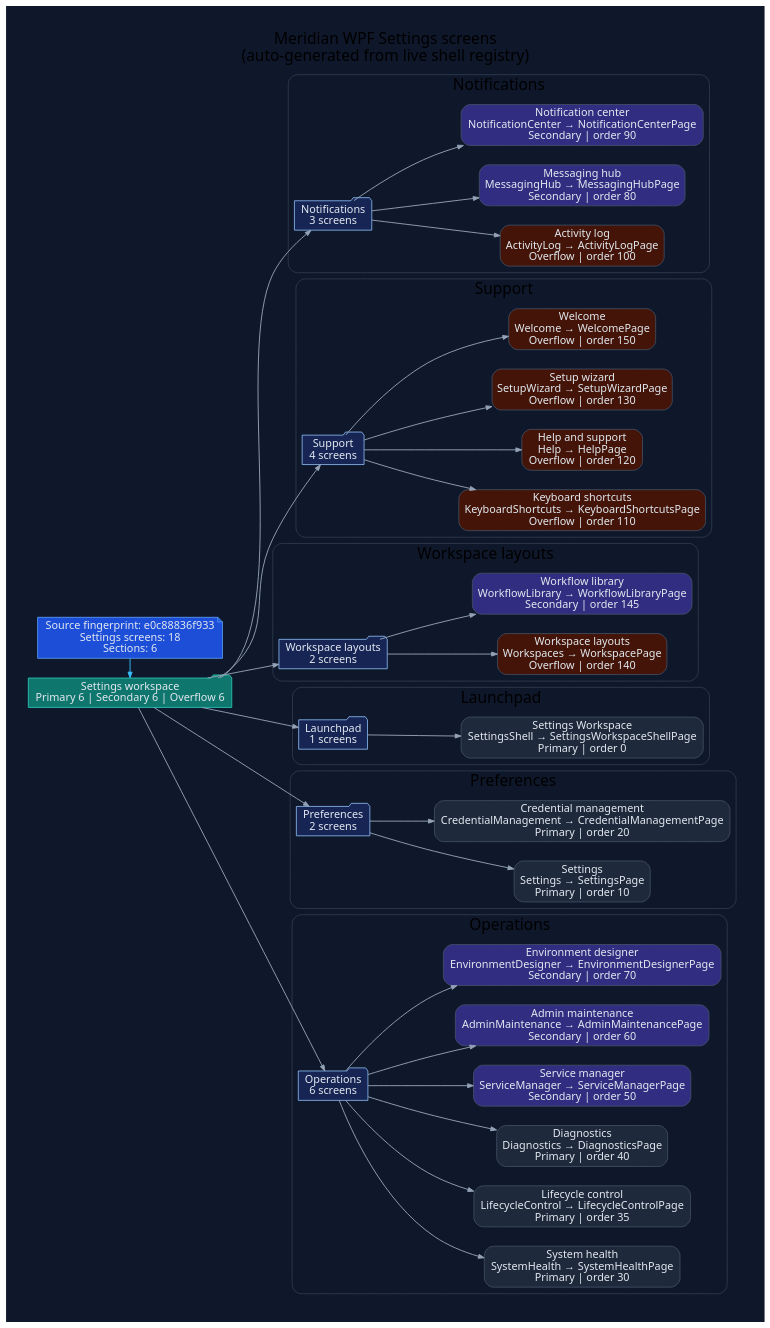
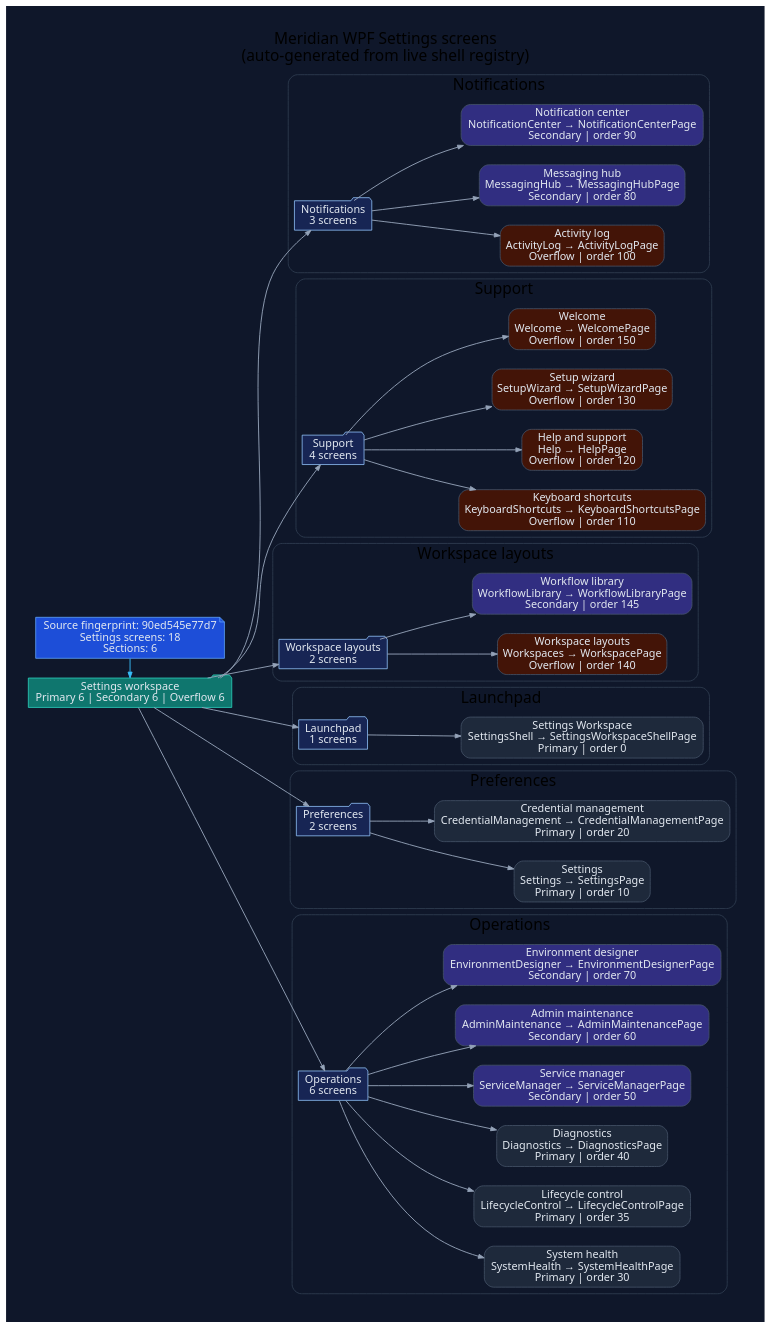
One commit to rodoHasArrived/Meridian-main changed the diagram in docs/diagrams/ui-wpf-screens-settings.dot. Above: the diagram before and after it, drawn with Graphviz. The commit also changed 73 other files, not shown here.

```diff
--- a/docs/diagrams/ui-wpf-screens-settings.dot
+++ b/docs/diagrams/ui-wpf-screens-settings.dot
@@ -1,110 +1,110 @@
 // -----------------------------------------------------------------------------
 // <auto-generated>
 // Generated by scripts/generate-diagrams.mjs.
 // Do not edit this file directly; update the WPF source files instead.
 // -----------------------------------------------------------------------------
 digraph WpfSettingsScreens {
   graph [
     rankdir=LR,
     labelloc=t,
     label="Meridian WPF Settings screens\n(auto-generated from live shell registry)",
     fontname="Segoe UI",
     fontsize=20,
     pad=0.4,
     nodesep=0.35,
     ranksep=0.85,
     bgcolor="#0f172a"
   ];
   node [fontname="Segoe UI", shape=box, style="rounded,filled", color="#475569", fontcolor="#e2e8f0", fillcolor="#1e293b"];
   edge [fontname="Segoe UI", color="#94a3b8", penwidth=1.2, arrowsize=0.75];
 
-  generated [shape=note, fillcolor="#1d4ed8", color="#60a5fa", label="Source fingerprint: e0c88836f933\nSettings screens: 18\nSections: 6"];
+  generated [shape=note, fillcolor="#1d4ed8", color="#60a5fa", label="Source fingerprint: 90ed545e77d7\nSettings screens: 18\nSections: 6"];
   workspace [shape=folder, fillcolor="#0f766e", color="#2dd4bf", label="Settings workspace\nPrimary 6 | Secondary 6 | Overflow 6"];
   generated -> workspace [color="#38bdf8"];
 
   subgraph cluster_section_1 {
     label="Notifications";
     color="#334155";
     style="rounded";
     section_1 [shape=folder, fillcolor="#172554", color="#93c5fd", label="Notifications\n3 screens"];
     workspace -> section_1;
     screen_ActivityLog [fillcolor="#431407", label="Activity log\nActivityLog → ActivityLogPage\nOverflow | order 100"];
     section_1 -> screen_ActivityLog;
     screen_MessagingHub [fillcolor="#312e81", label="Messaging hub\nMessagingHub → MessagingHubPage\nSecondary | order 80"];
     section_1 -> screen_MessagingHub;
     screen_NotificationCenter [fillcolor="#312e81", label="Notification center\nNotificationCenter → NotificationCenterPage\nSecondary | order 90"];
     section_1 -> screen_NotificationCenter;
   }
 
   subgraph cluster_section_2 {
     label="Support";
     color="#334155";
     style="rounded";
     section_2 [shape=folder, fillcolor="#172554", color="#93c5fd", label="Support\n4 screens"];
     workspace -> section_2;
     screen_KeyboardShortcuts [fillcolor="#431407", label="Keyboard shortcuts\nKeyboardShortcuts → KeyboardShortcutsPage\nOverflow | order 110"];
     section_2 -> screen_KeyboardShortcuts;
     screen_Help [fillcolor="#431407", label="Help and support\nHelp → HelpPage\nOverflow | order 120"];
     section_2 -> screen_Help;
     screen_SetupWizard [fillcolor="#431407", label="Setup wizard\nSetupWizard → SetupWizardPage\nOverflow | order 130"];
     section_2 -> screen_SetupWizard;
     screen_Welcome [fillcolor="#431407", label="Welcome\nWelcome → WelcomePage\nOverflow | order 150"];
     section_2 -> screen_Welcome;
   }
 
   subgraph cluster_section_3 {
     label="Workspace layouts";
     color="#334155";
     style="rounded";
     section_3 [shape=folder, fillcolor="#172554", color="#93c5fd", label="Workspace layouts\n2 screens"];
     workspace -> section_3;
     screen_Workspaces [fillcolor="#431407", label="Workspace layouts\nWorkspaces → WorkspacePage\nOverflow | order 140"];
     section_3 -> screen_Workspaces;
     screen_WorkflowLibrary [fillcolor="#312e81", label="Workflow library\nWorkflowLibrary → WorkflowLibraryPage\nSecondary | order 145"];
     section_3 -> screen_WorkflowLibrary;
   }
 
   subgraph cluster_section_4 {
     label="Launchpad";
     color="#334155";
     style="rounded";
     section_4 [shape=folder, fillcolor="#172554", color="#93c5fd", label="Launchpad\n1 screens"];
     workspace -> section_4;
     screen_SettingsShell [fillcolor="#1e293b", label="Settings Workspace\nSettingsShell → SettingsWorkspaceShellPage\nPrimary | order 0"];
     section_4 -> screen_SettingsShell;
   }
 
   subgraph cluster_section_5 {
     label="Preferences";
     color="#334155";
     style="rounded";
     section_5 [shape=folder, fillcolor="#172554", color="#93c5fd", label="Preferences\n2 screens"];
     workspace -> section_5;
     screen_Settings [fillcolor="#1e293b", label="Settings\nSettings → SettingsPage\nPrimary | order 10"];
     section_5 -> screen_Settings;
     screen_CredentialManagement [fillcolor="#1e293b", label="Credential management\nCredentialManagement → CredentialManagementPage\nPrimary | order 20"];
     section_5 -> screen_CredentialManagement;
   }
 
   subgraph cluster_section_6 {
     label="Operations";
     color="#334155";
     style="rounded";
     section_6 [shape=folder, fillcolor="#172554", color="#93c5fd", label="Operations\n6 screens"];
     workspace -> section_6;
     screen_SystemHealth [fillcolor="#1e293b", label="System health\nSystemHealth → SystemHealthPage\nPrimary | order 30"];
     section_6 -> screen_SystemHealth;
     screen_LifecycleControl [fillcolor="#1e293b", label="Lifecycle control\nLifecycleControl → LifecycleControlPage\nPrimary | order 35"];
     section_6 -> screen_LifecycleControl;
     screen_Diagnostics [fillcolor="#1e293b", label="Diagnostics\nDiagnostics → DiagnosticsPage\nPrimary | order 40"];
     section_6 -> screen_Diagnostics;
     screen_ServiceManager [fillcolor="#312e81", label="Service manager\nServiceManager → ServiceManagerPage\nSecondary | order 50"];
     section_6 -> screen_ServiceManager;
     screen_AdminMaintenance [fillcolor="#312e81", label="Admin maintenance\nAdminMaintenance → AdminMaintenancePage\nSecondary | order 60"];
     section_6 -> screen_AdminMaintenance;
     screen_EnvironmentDesigner [fillcolor="#312e81", label="Environment designer\nEnvironmentDesigner → EnvironmentDesignerPage\nSecondary | order 70"];
     section_6 -> screen_EnvironmentDesigner;
   }
 
   { rank=min; generated; workspace; }
 }
```
